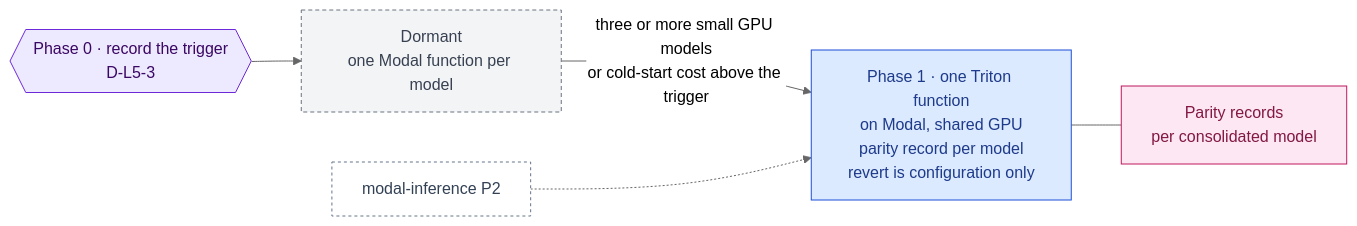
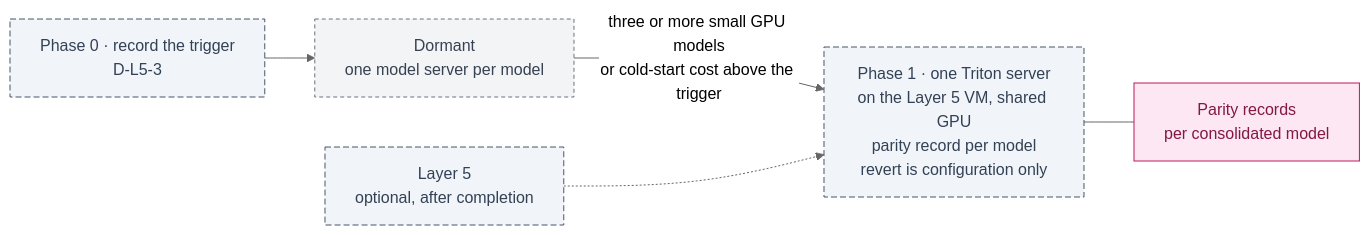
Before and after one commit to RodnaPamet/inflect-compliance: the diagram in docs/ai-architecture/triton.md, drawn with Mermaid (neutral theme). The commit also changed other lines of this file and 21 other files, not shown here.

First line of the commit message:
docs(ai-architecture): the roadmap is complete without Layer 5; models through API keys

````diff
--- a/docs/ai-architecture/triton.md
+++ b/docs/ai-architecture/triton.md
@@ -28,19 +29,20 @@
 ```mermaid
 flowchart LR
-  P0{{"Phase 0 · record the trigger<br/>D-L5-3"}}:::gate
-  DORM["Dormant<br/>one Modal function per model"]:::declined
-  P1["Phase 1 · one Triton function<br/>on Modal, shared GPU<br/>parity record per model<br/>revert is configuration only"]:::todo
-  MOD["modal-inference P2"]:::ext
+  P0["Phase 0 · record the trigger<br/>D-L5-3"]:::optional
+  DORM["Dormant<br/>one model server per model"]:::declined
+  P1["Phase 1 · one Triton server<br/>on the Layer 5 VM, shared GPU<br/>parity record per model<br/>revert is configuration only"]:::optional
+  MOD["Layer 5<br/>optional, after completion"]:::optional
   PAR["Parity records<br/>per consolidated model"]:::eval
   P0 --> DORM
   DORM -->|three or more small GPU models<br/>or cold-start cost above the trigger| P1
   MOD -.-> P1
   P1 --- PAR
 
   classDef done fill:#d1fae5,stroke:#047857,color:#064e3b
   classDef todo fill:#dbeafe,stroke:#1d4ed8,color:#1e3a8a
   classDef gate fill:#ede9fe,stroke:#6d28d9,color:#3b0764
   classDef ext fill:#ffffff,stroke:#64748b,color:#334155,stroke-dasharray:3 3
   classDef eval fill:#fce7f3,stroke:#be185d,color:#831843
   classDef declined fill:#f3f4f6,stroke:#6b7280,color:#374151,stroke-dasharray:4 3
+  classDef optional fill:#f1f5f9,stroke:#475569,color:#334155,stroke-dasharray:6 3
 ```
````
